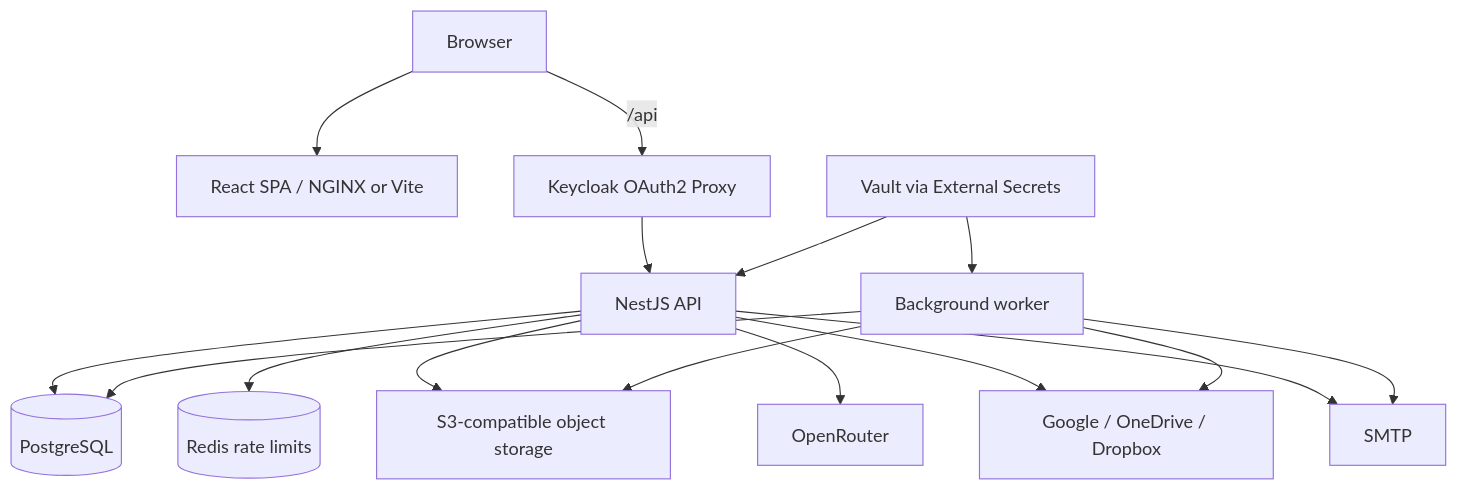
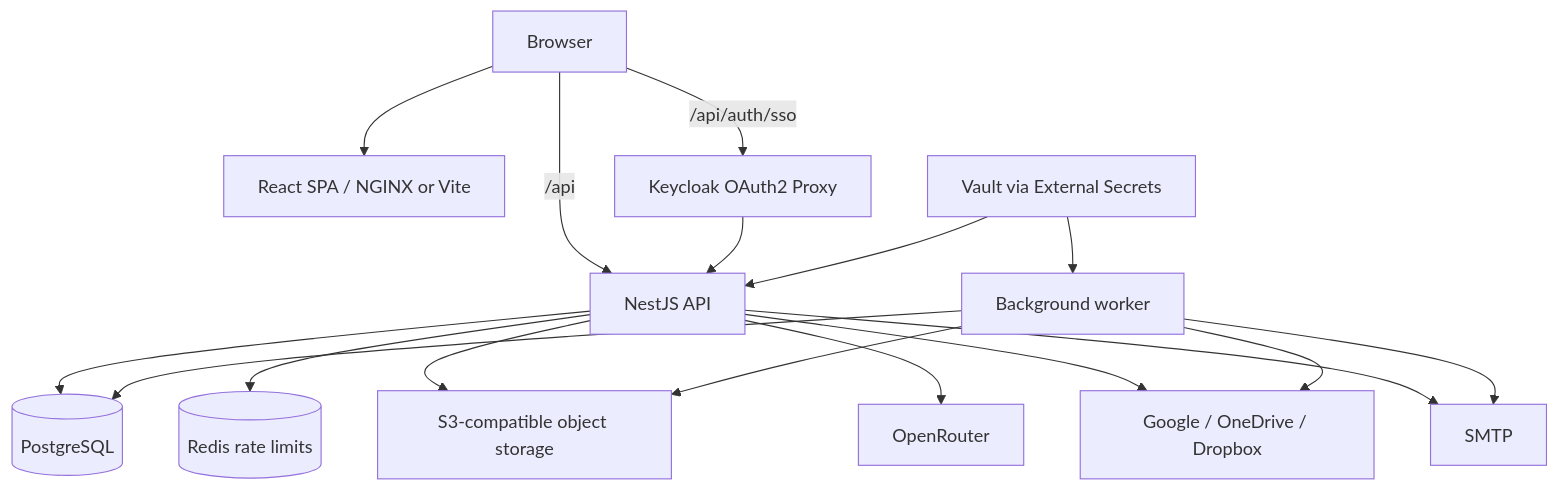
The first of 2 diagrams in docs/architecture.md (chefzaid/thoughty), drawn with Mermaid before and after one commit. The commit also changed other lines of this file and 25 other files, not shown here.

````diff
--- a/docs/architecture.md
+++ b/docs/architecture.md
@@ -15,21 +15,22 @@
 ```mermaid
 flowchart TD
     Browser[Browser] --> Web[React SPA / NGINX or Vite]
-    Browser -->|/api| Auth[Keycloak OAuth2 Proxy]
-    Auth --> API[NestJS API]
+    Browser -->|/api| API[NestJS API]
+    Browser -->|/api/auth/sso| Auth[Keycloak OAuth2 Proxy]
+    Auth --> API
 
     API --> Pg[(PostgreSQL)]
     API --> Redis[(Redis rate limits)]
     API --> S3[S3-compatible object storage]
     API --> OpenRouter[OpenRouter]
     API --> OAuth[Google / OneDrive / Dropbox]
     API --> SMTP[SMTP]
 
     Worker[Background worker] --> Pg
     Worker --> OAuth
     Worker --> SMTP
     Worker --> S3
 
     Vault[Vault via External Secrets] --> API
     Vault --> Worker
 ```
````
